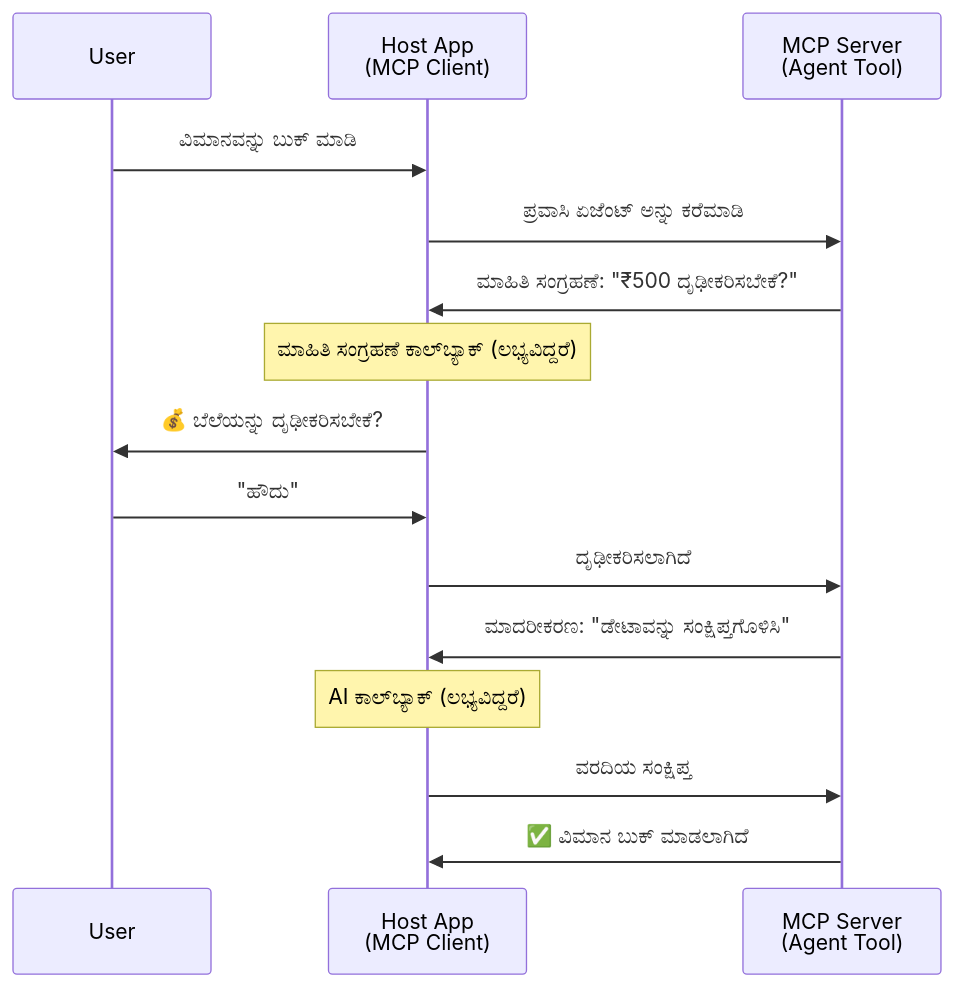
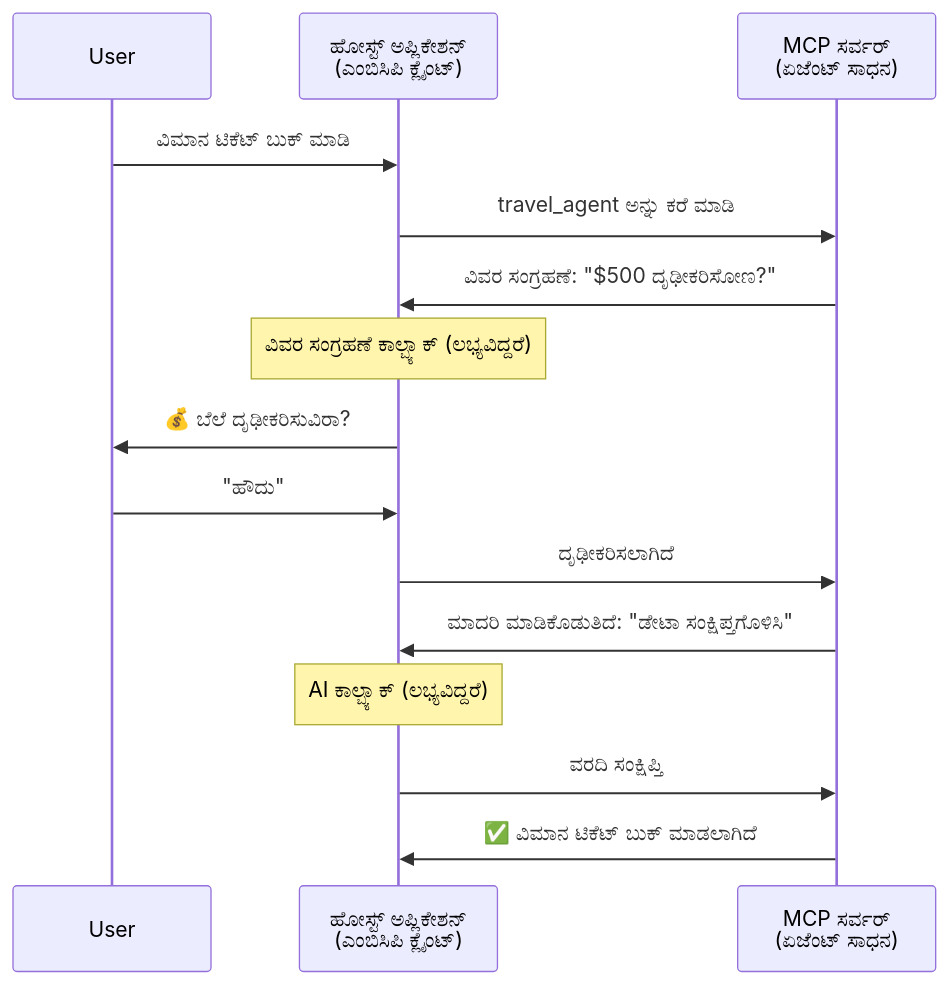
The fourth of 5 diagrams in translations/kn/11-agentic-protocols/code_samples/mcp-agents/README.md (microsoft/ai-agents-for-beginners), drawn with Mermaid before and after one commit. The commit also changed other lines of this file and 224 other files, not shown here.

````diff
--- a/translations/kn/11-agentic-protocols/code_samples/mcp-agents/README.md
+++ b/translations/kn/11-agentic-protocols/code_samples/mcp-agents/README.md
@@ -160,21 +163,21 @@
 ```mermaid
 sequenceDiagram
     participant User
-    participant Host as Host App<br/>(MCP Client)
-    participant Server as MCP Server<br/>(Agent Tool)
+    participant Host as ಹೋಸ್ಟ್ ಅಪ್ಲಿಕೇಶನ್<br/>(ಎಂಬಿಸಿಪಿ ಕ್ಲೈಂಟ್)
+    participant Server as MCP ಸರ್ವರ್<br/>(ಏಜೆಂಟ್ ಸಾಧನ)
 
-    User->>Host: ವಿಮಾನವನ್ನು ಬುಕ್ ಮಾಡಿ
-    Host->>Server: ಪ್ರವಾಸಿ ಏಜೆಂಟ್ ಅನ್ನು ಕರೆಮಾಡಿ
+    User->>Host: ವಿಮಾನ ಟಿಕೆಟ್ ಬುಕ್ ಮಾಡಿ
+    Host->>Server: travel_agent ಅನ್ನು ಕರೆ ಮಾಡಿ
 
-    Server->>Host: ಮಾಹಿತಿ ಸಂಗ್ರಹಣೆ: "₹500 ದೃಢೀಕರಿಸಬೇಕೆ?"
-    Note over Host: ಮಾಹಿತಿ ಸಂಗ್ರಹಣೆ ಕಾಲ್‌ಬ್ಯಾಕ್ (ಲಭ್ಯವಿದ್ದರೆ)
-    Host->>User: 💰 ಬೆಲೆಯನ್ನು ದೃಢೀಕರಿಸಬೇಕೆ?
+    Server->>Host: ವಿವರ ಸಂಗ್ರಹಣೆ: "$500 ದೃಢೀಕರಿಸೋಣ?"
+    Note over Host: ವಿವರ ಸಂಗ್ರಹಣೆ ಕಾಲ್ಬ್ಯಾಕ್ (ಲಭ್ಯವಿದ್ದರೆ)
+    Host->>User: 💰 ಬೆಲೆ ದೃಢೀಕರಿಸುವಿರಾ?
     User->>Host: "ಹೌದು"
     Host->>Server: ದೃಢೀಕರಿಸಲಾಗಿದೆ
 
-    Server->>Host: ಮಾದರೀಕರಣ: "ಡೇಟಾವನ್ನು ಸಂಕ್ಷಿಪ್ತಗೊಳಿಸಿ"
-    Note over Host: AI ಕಾಲ್‌ಬ್ಯಾಕ್ (ಲಭ್ಯವಿದ್ದರೆ)
-    Host->>Server: ವರದಿಯ ಸಂಕ್ಷಿಪ್ತ
+    Server->>Host: ಮಾದರಿ ಮಾಡಿಕೊಡುತಿದೆ: "ಡೇಟಾ ಸಂಕ್ಷಿಪ್ತಗೊಳಿಸಿ"
+    Note over Host: AI ಕಾಲ್ಬ್ಯಾಕ್ (ಲಭ್ಯವಿದ್ದರೆ)
+    Host->>Server: ವರದಿ ಸಂಕ್ಷಿಪ್ತಿ
 
-    Server->>Host: ✅ ವಿಮಾನ ಬುಕ್ ಮಾಡಲಾಗಿದೆ
+    Server->>Host: ✅ ವಿಮಾನ ಟಿಕೆಟ್ ಬುಕ್ ಮಾಡಲಾಗಿದೆ
 ```
````
